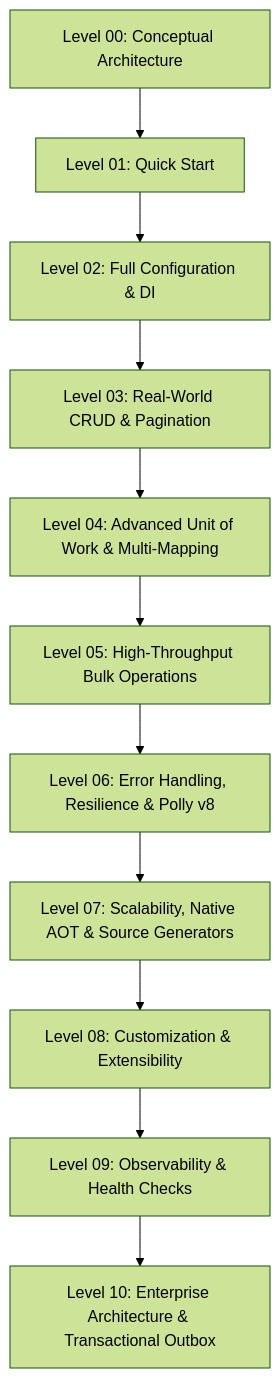
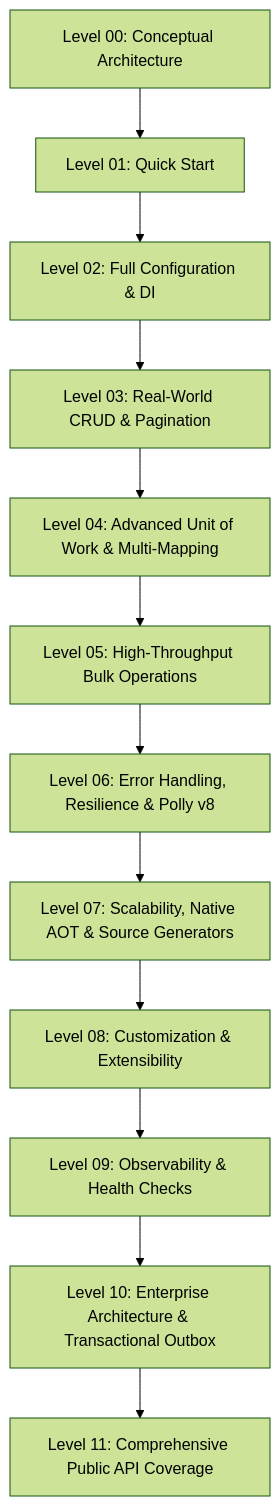
The diagram in docs/showcase/README.md (ericksonlopezf/dotnet-dapper-extensions), drawn with Mermaid (forest theme) before and after one commit. The commit also changed other lines of this file and 217 other files, not shown here.

````diff
--- a/docs/showcase/README.md
+++ b/docs/showcase/README.md
@@ -11,13 +11,14 @@
 ```mermaid
 graph TD
     L0[Level 00: Conceptual Architecture] --> L1[Level 01: Quick Start]
     L1 --> L2[Level 02: Full Configuration & DI]
     L2 --> L3[Level 03: Real-World CRUD & Pagination]
     L3 --> L4[Level 04: Advanced Unit of Work & Multi-Mapping]
     L4 --> L5[Level 05: High-Throughput Bulk Operations]
     L5 --> L6[Level 06: Error Handling, Resilience & Polly v8]
     L6 --> L7[Level 07: Scalability, Native AOT & Source Generators]
     L7 --> L8[Level 08: Customization & Extensibility]
     L8 --> L9[Level 09: Observability & Health Checks]
     L9 --> L10[Level 10: Enterprise Architecture & Transactional Outbox]
+    L10 --> L11[Level 11: Comprehensive Public API Coverage]
 ```
````
